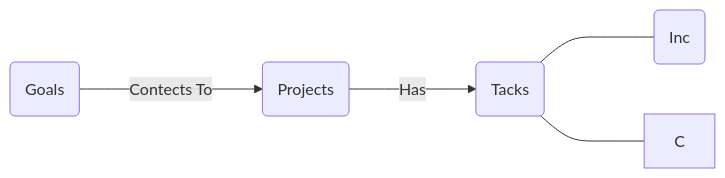
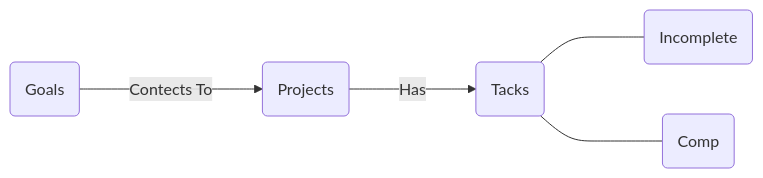
Before and after one commit to JerryOh/iodraw-files: the diagram in all/未命名-2.md, drawn with Mermaid.

Commit message:
2024-06-06 23:56:37 update

````diff
--- a/all/未命名-2.md
+++ b/all/未命名-2.md
@@ -1,6 +1,6 @@
 ```mermaid
 flowchart LR
 G(Goals) ---> |Contects To| P(Projects)
 P ---> |Has| PT(Tacks)
-PT ---- IC(Inc) & C
+PT ---- IC(Incomplete) & C(Comp)
 ```
````
